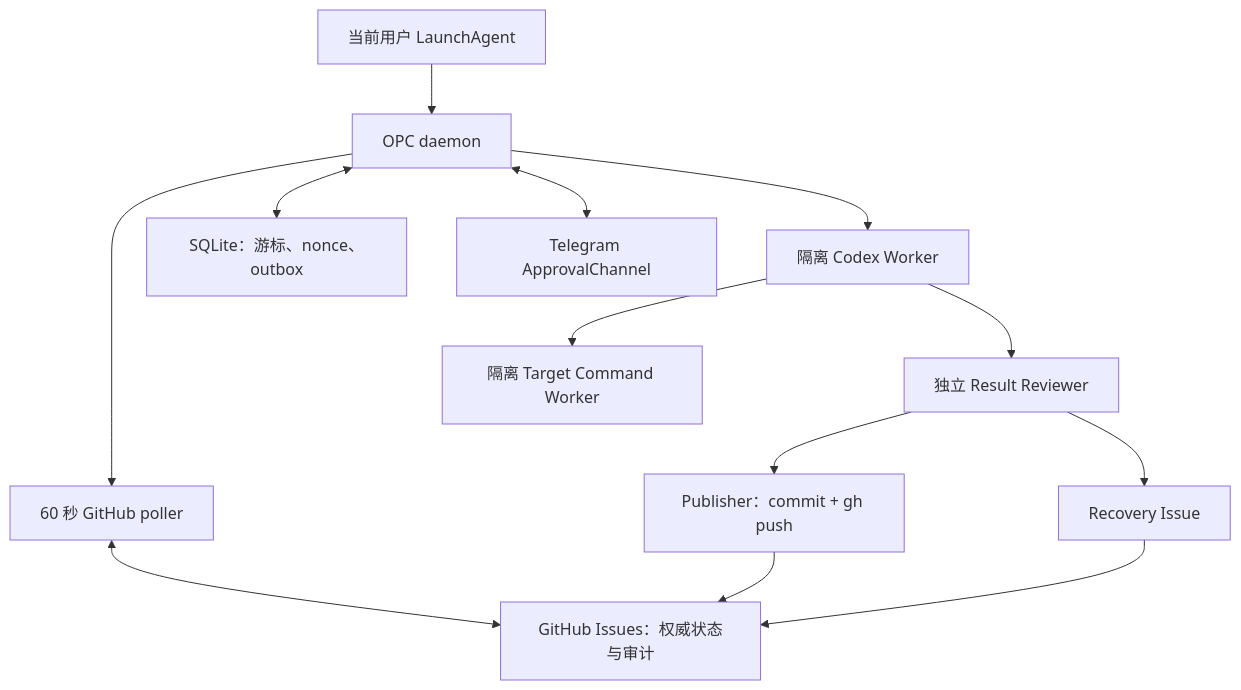
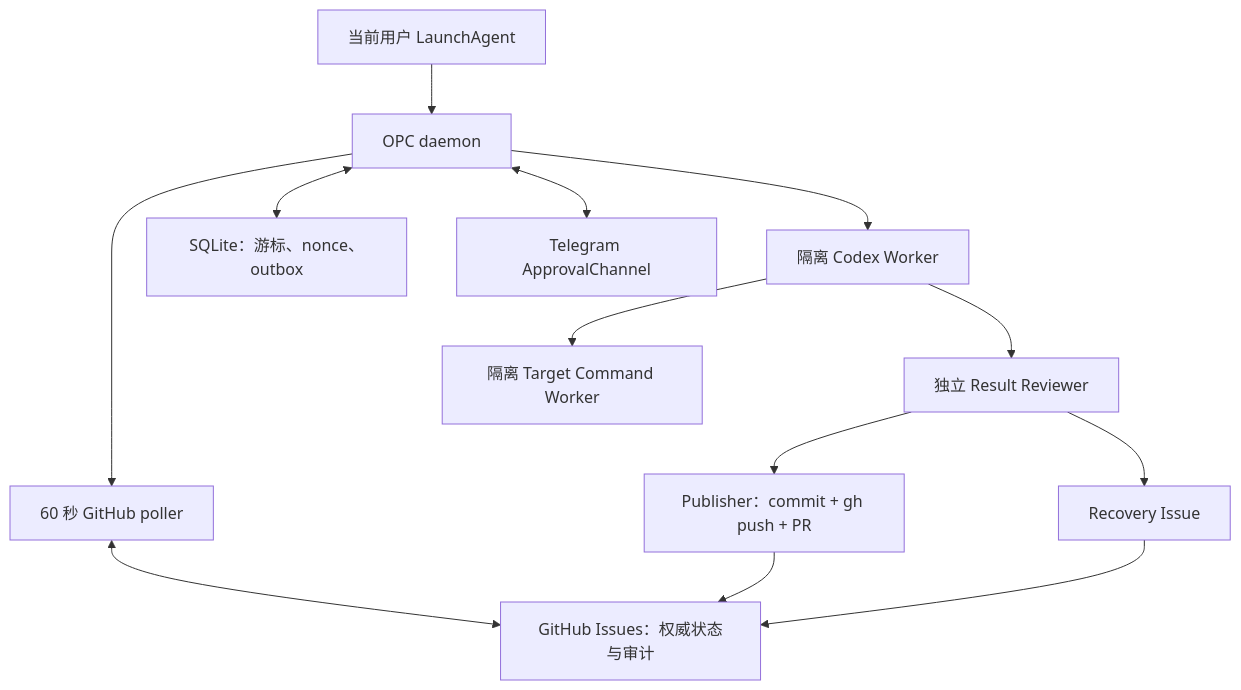
Before and after one commit to devos-ing/opc-it: the first of 2 diagrams in docs/superpowers/specs/2026-08-10-opc-current-user-daemon-design.md, drawn with Mermaid. The commit also changed other lines of this file and 65 other files, not shown here.

````diff
--- a/docs/superpowers/specs/2026-08-10-opc-current-user-daemon-design.md
+++ b/docs/superpowers/specs/2026-08-10-opc-current-user-daemon-design.md
@@ -76,15 +80,15 @@
 ```mermaid
 flowchart TD
     LA["当前用户 LaunchAgent"] --> D["OPC daemon"]
     D --> P["60 秒 GitHub poller"]
     P <--> GH["GitHub Issues：权威状态与审计"]
     D <--> SQ["SQLite：游标、nonce、outbox"]
     D <--> TG["Telegram ApprovalChannel"]
     D --> CW["隔离 Codex Worker"]
     CW --> TW["隔离 Target Command Worker"]
     CW --> RV["独立 Result Reviewer"]
-    RV --> PB["Publisher：commit + gh push"]
+    RV --> PB["Publisher：commit + gh push + PR"]
     PB --> GH
     RV --> RC["Recovery Issue"]
     RC --> GH
 ```
````
